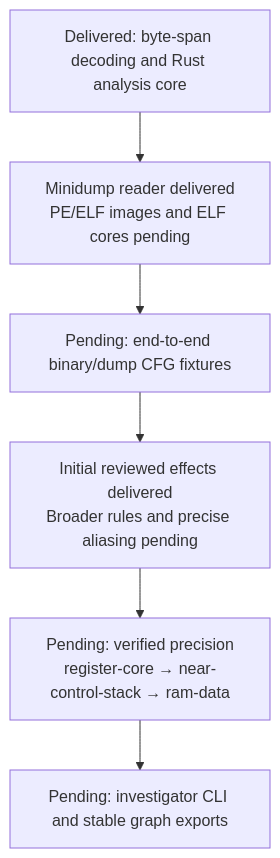
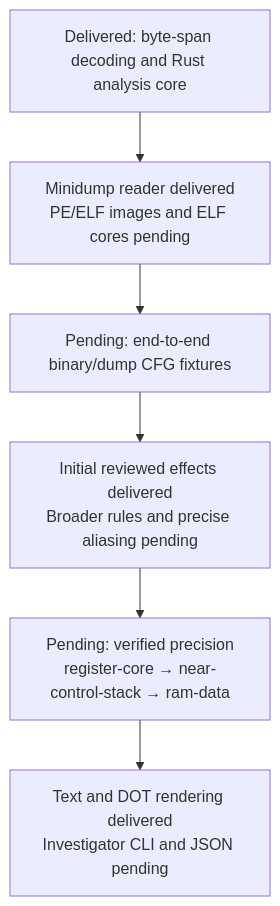
Before and after one commit to NzSN/Ariadne: the second of 2 diagrams in CHECKPOINTS.md, drawn with Mermaid. The commit also changed other lines of this file and 14 other files, not shown here.

Commit message:
feat: render analyzer outcomes as text and Graphviz

````diff
--- a/CHECKPOINTS.md
+++ b/CHECKPOINTS.md
@@ -82,10 +84,10 @@
 ```mermaid
 flowchart TD
     A["Delivered: byte-span decoding and Rust analysis core"]
     B["Minidump reader delivered<br/>PE/ELF images and ELF cores pending"]
     C["Pending: end-to-end binary/dump CFG fixtures"]
     D["Initial reviewed effects delivered<br/>Broader rules and precise aliasing pending"]
     E["Pending: verified precision<br/>register-core → near-control-stack → ram-data"]
-    F["Pending: investigator CLI and stable graph exports"]
+    F["Text and DOT rendering delivered<br/>Investigator CLI and JSON pending"]
     A --> B --> C --> D --> E --> F
 ```
````
